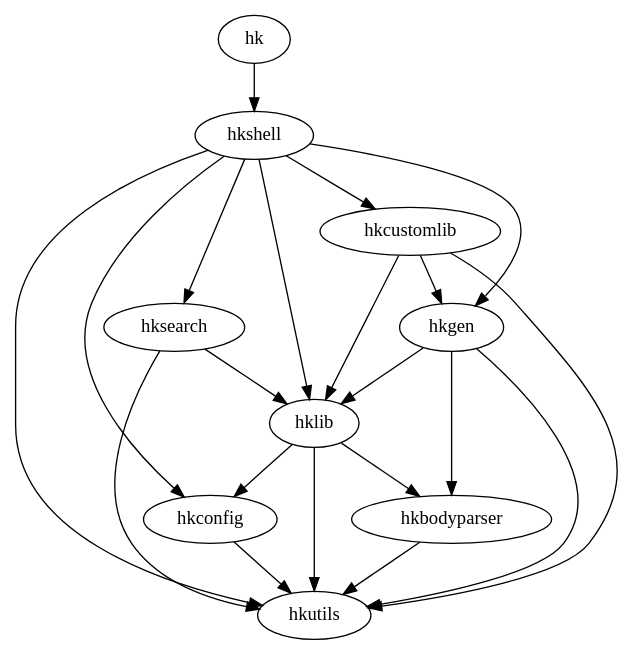
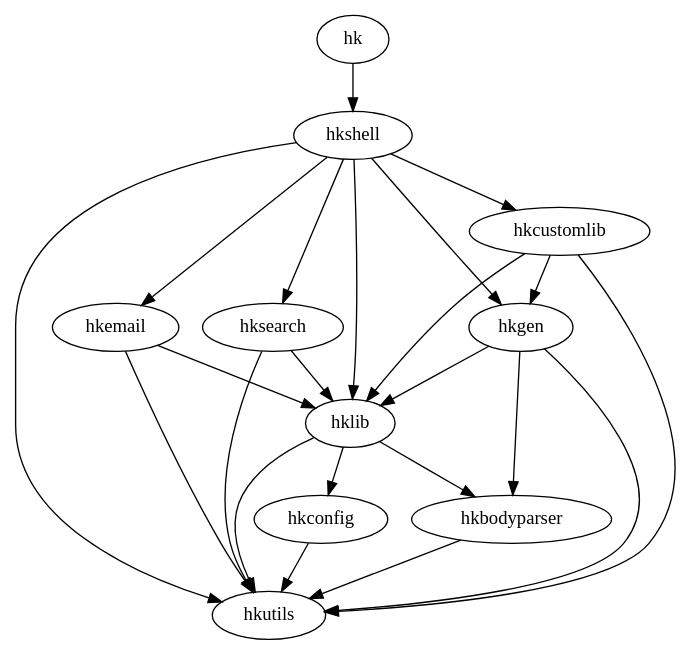
One commit to hcs42/heapkeeper-old changed the diagram in doc/module_deps.dot. Above: the diagram before and after it, drawn with Graphviz. The commit also changed 10 other files, not shown here.

First line of the commit message:
hkemail: extraced from hklib

```diff
--- a/doc/module_deps.dot
+++ b/doc/module_deps.dot
@@ -1,23 +1,25 @@
 // $ dot -Tpng -o images/module_deps.png module_deps.dot
 digraph {
     hkbodyparser -> hkutils;
     hkconfig -> hkutils;
     hklib -> hkconfig;
     hklib -> hkbodyparser;
     hklib -> hkutils;
+    hkemail -> hkutils;
+    hkemail -> hklib;
     hksearch -> hkutils;
     hksearch -> hklib;
     hkgen -> hkutils;
     hkgen -> hkbodyparser;
     hkgen -> hklib;
     hkcustomlib -> hkutils;
     hkcustomlib -> hklib;
     hkcustomlib -> hkgen;
-    hkshell -> hkconfig;
+    hkshell -> hkemail;
     hkshell -> hkutils;
     hkshell -> hklib;
     hkshell -> hksearch;
     hkshell -> hkgen;
     hkshell -> hkcustomlib;
     hk -> hkshell;
 }
```
